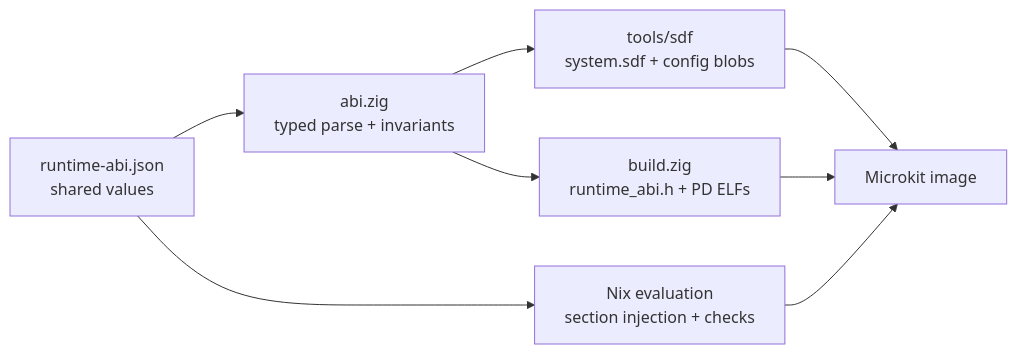
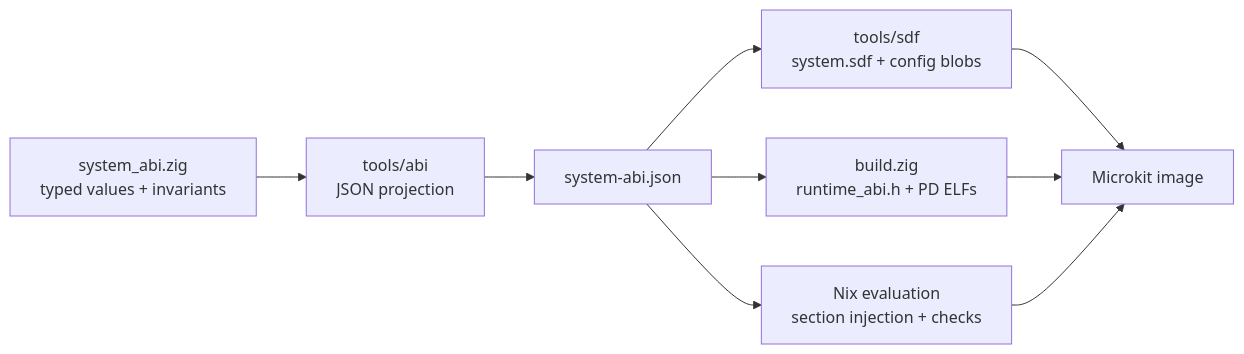
One commit to byzantine-systems/chrysopolis changed the first of 2 diagrams in README.md. Above: the diagram before and after it, drawn with Mermaid. The commit also changed other lines of this file and 21 other files, not shown here.

````diff
--- a/README.md
+++ b/README.md
@@ -35,10 +37,11 @@
 ```mermaid
 flowchart LR
-    abi["runtime-abi.json<br/>shared values"] --> validator["abi.zig<br/>typed parse + invariants"]
-    validator --> sdf["tools/sdf<br/>system.sdf + config blobs"]
-    validator --> native["build.zig<br/>runtime_abi.h + PD ELFs"]
-    abi --> nix["Nix evaluation<br/>section injection + checks"]
+    abi["system_abi.zig<br/>typed values + invariants"] --> generator["tools/abi<br/>JSON projection"]
+    generator --> json["system-abi.json"]
+    json --> sdf["tools/sdf<br/>system.sdf + config blobs"]
+    json --> native["build.zig<br/>runtime_abi.h + PD ELFs"]
+    json --> nix["Nix evaluation<br/>section injection + checks"]
     sdf --> image["Microkit image"]
     native --> image
     nix --> image
 ```
````
